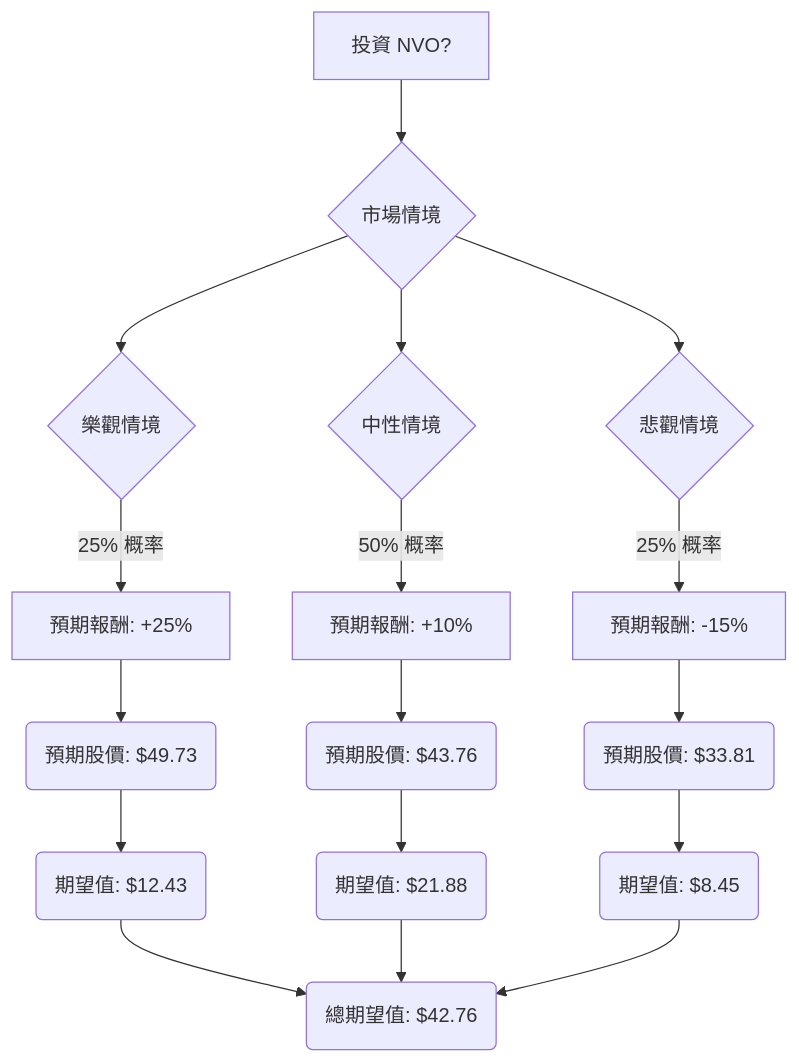
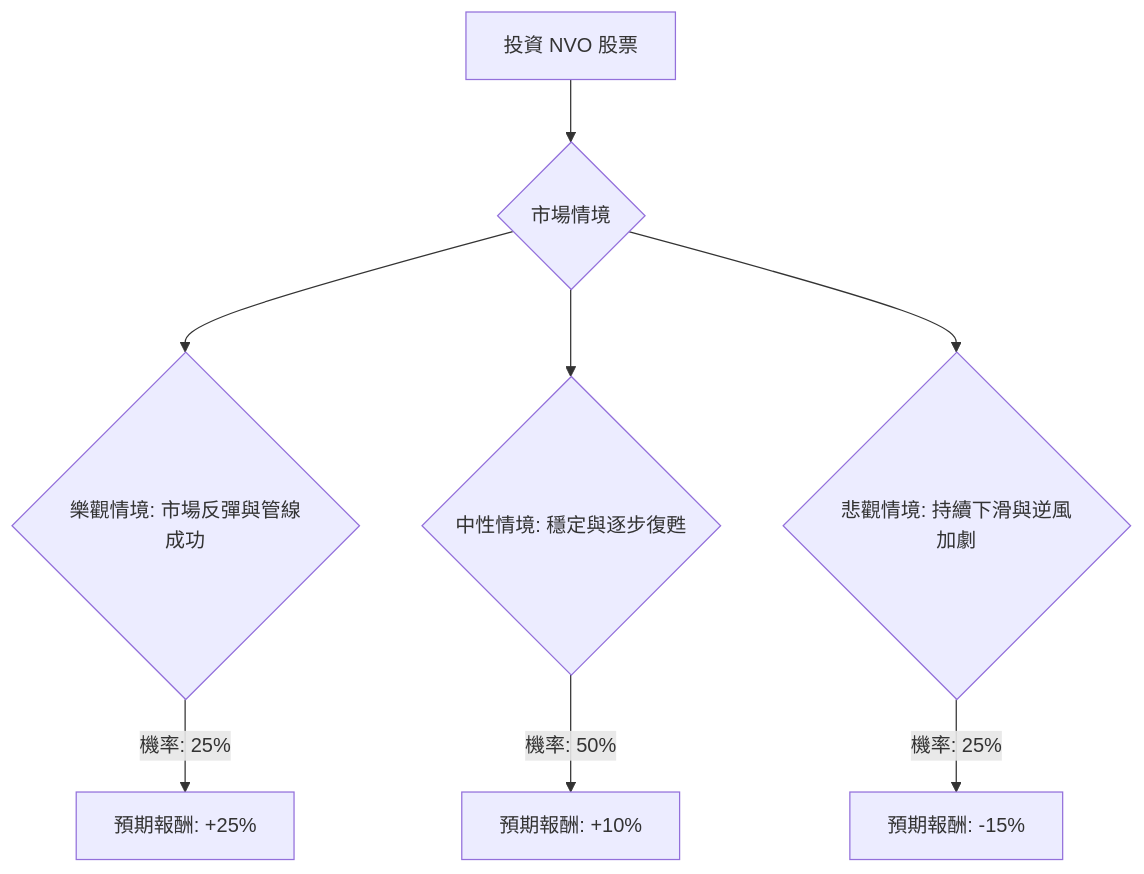
Before and after one commit to zmcx16/zmcx16.github.io: the diagram in plugin-react/ai-analysis/ev-analysis/NVO.md, drawn with Mermaid. The commit also changed other lines of this file and 79 other files, not shown here.

````diff
--- a/plugin-react/ai-analysis/ev-analysis/NVO.md
+++ b/plugin-react/ai-analysis/ev-analysis/NVO.md
@@ -18,21 +17,13 @@
 ```mermaid
 graph TD
-    A[投資 NVO?] --> B{市場情境}
-    B --> C{樂觀情境}
-    B --> D{中性情境}
-    B --> E{悲觀情境}
+    A[投資 NVO 股票] --> B{市場情境}
 
-    C -- 25% 概率 --> C1[預期報酬: +25%]
-    D -- 50% 概率 --> D1[預期報酬: +10%]
-    E -- 25% 概率 --> E1[預期報酬: -15%]
+    B --> C{樂觀情境: 市場反彈與管線成功}
+    C -- 機率: 25% --> C1[預期報酬: +25%]
 
-    C1 --> C2(預期股價: $49.73)
-    D1 --> D2(預期股價: $43.76)
-    E1 --> E2(預期股價: $33.81)
+    B --> D{中性情境: 穩定與逐步復甦}
+    D -- 機率: 50% --> D1[預期報酬: +10%]
 
-    C2 --> F(期望值: $12.43)
-    D2 --> G(期望值: $21.88)
-    E2 --> H(期望值: $8.45)
-
-    F & G & H --> I(總期望值: $42.76)
+    B --> E{悲觀情境: 持續下滑與逆風加劇}
+    E -- 機率: 25% --> E1[預期報酬: -15%]
 ```
````
